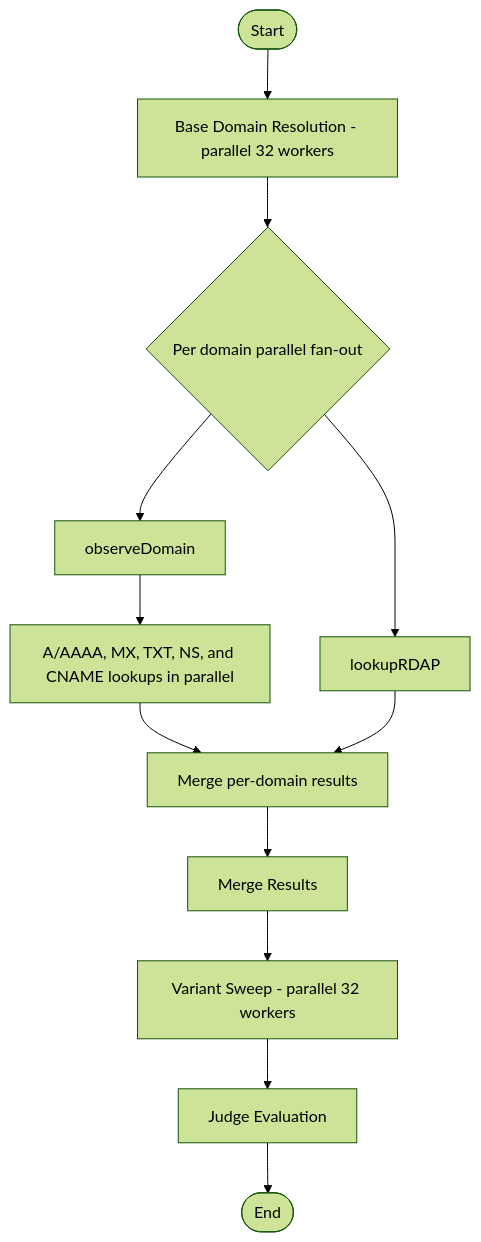
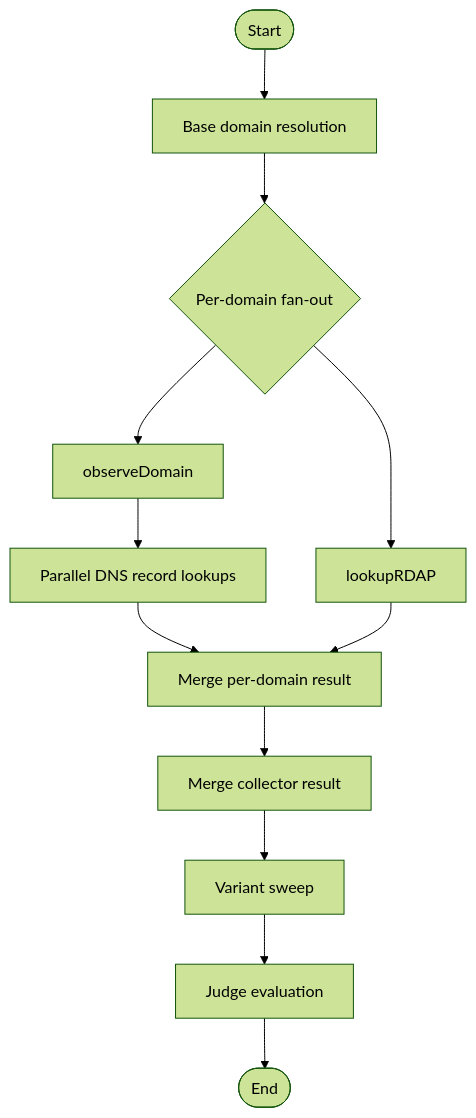
Before and after one commit to roaguirre/asset-discovery: the fourth of 4 diagrams in docs/pipeline-state-machine.md, drawn with Mermaid (forest theme). The commit also changed other lines of this file and 19 other files, not shown here.

````diff
--- a/docs/pipeline-state-machine.md
+++ b/docs/pipeline-state-machine.md
@@ -135,14 +105,14 @@
 ```mermaid
 flowchart TD
-    Start([Start]) --> BaseDomains[Base Domain Resolution - parallel 32 workers]
-    BaseDomains --> DomainFanout{Per domain parallel fan-out}
-    DomainFanout --> ObserveDomain[observeDomain]
-    DomainFanout --> LookupRDAP[lookupRDAP]
-    ObserveDomain --> DNSFanout[A/AAAA, MX, TXT, NS, and CNAME lookups in parallel]
-    DNSFanout --> JoinDomain[Merge per-domain results]
-    LookupRDAP --> JoinDomain
-    JoinDomain --> MergeResults[Merge Results]
-    MergeResults --> VariantSweep[Variant Sweep - parallel 32 workers]
-    VariantSweep --> JudgeEvaluation[Judge Evaluation]
-    JudgeEvaluation --> End([End])
+    Start([Start]) --> Base["Base domain resolution"]
+    Base --> Fanout{"Per-domain fan-out"}
+    Fanout --> Observe["observeDomain"]
+    Fanout --> LookupRDAP["lookupRDAP"]
+    Observe --> DNS["Parallel DNS record lookups"]
+    DNS --> Join["Merge per-domain result"]
+    LookupRDAP --> Join
+    Join --> Merge["Merge collector result"]
+    Merge --> Sweep["Variant sweep"]
+    Sweep --> Judge["Judge evaluation"]
+    Judge --> End([End])
 ```
````
